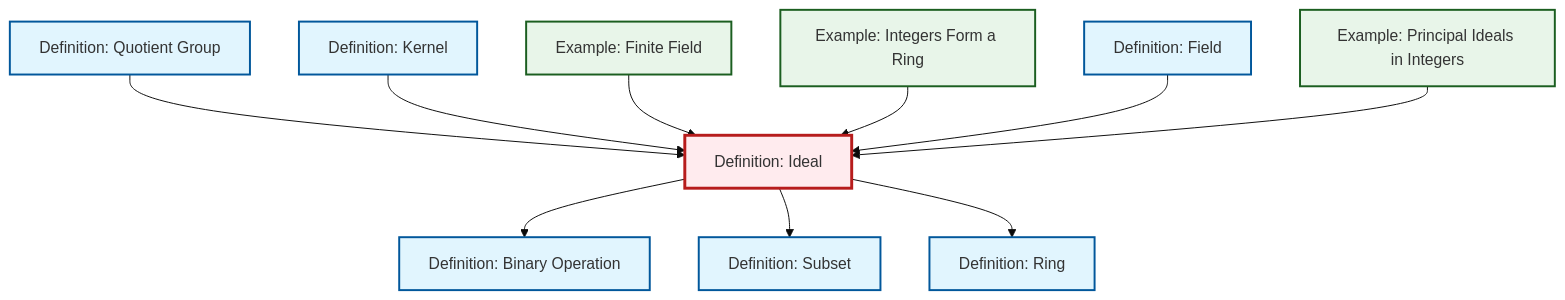
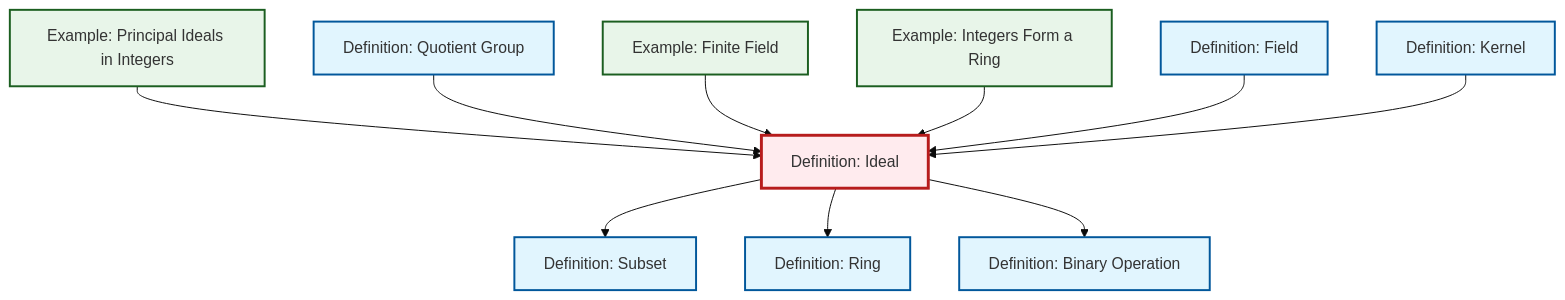
The diagram in content/ja/algebra/def-ideal.qmd (RK0429/ModernMath), drawn with Mermaid (base theme) before and after one commit. The commit also changed other lines of this file and 417 other files, not shown here.

````diff
--- a/content/ja/algebra/def-ideal.qmd
+++ b/content/ja/algebra/def-ideal.qmd
@@ -64,38 +64,38 @@
 ```{mermaid}
 %%| fig-cap: "Local dependency graph"
 graph TD
     classDef definition fill:#e1f5fe,stroke:#01579b,stroke-width:2px
     classDef theorem fill:#f3e5f5,stroke:#4a148c,stroke-width:2px
     classDef axiom fill:#fff3e0,stroke:#e65100,stroke-width:2px
     classDef example fill:#e8f5e9,stroke:#1b5e20,stroke-width:2px
     classDef current fill:#ffebee,stroke:#b71c1c,stroke-width:3px
+    def-kernel["Definition: Kernel"]:::definition
+    ex-finite-field["Example: Finite Field"]:::example
+    def-field["Definition: Field"]:::definition
+    ex-integers-ring["Example: Integers Form a Ring"]:::example
+    def-ring["Definition: Ring"]:::definition
+    def-binary-operation["Definition: Binary Operation"]:::definition
+    def-quotient-group["Definition: Quotient Group"]:::definition
     def-ideal["Definition: Ideal"]:::definition
-    ex-finite-field["Example: Finite Field"]:::example
-    def-kernel["Definition: Kernel"]:::definition
-    def-field["Definition: Field"]:::definition
-    def-ring["Definition: Ring"]:::definition
-    def-quotient-group["Definition: Quotient Group"]:::definition
+    ex-principal-ideal["Example: Principal Ideals in Integers"]:::example
     def-subset["Definition: Subset"]:::definition
-    ex-principal-ideal["Example: Principal Ideals in Integers"]:::example
-    ex-integers-ring["Example: Integers Form a Ring"]:::example
-    def-binary-operation["Definition: Binary Operation"]:::definition
+    def-ideal --> def-subset
+    ex-principal-ideal --> def-ideal
+    def-ideal --> def-ring
     def-quotient-group --> def-ideal
+    ex-finite-field --> def-ideal
     def-ideal --> def-binary-operation
+    ex-integers-ring --> def-ideal
+    def-field --> def-ideal
     def-kernel --> def-ideal
-    ex-finite-field --> def-ideal
-    ex-integers-ring --> def-ideal
-    def-ideal --> def-subset
-    def-ideal --> def-ring
-    def-field --> def-ideal
-    ex-principal-ideal --> def-ideal
     class def-ideal current
+    click def-kernel "def-kernel.html" "Definition: Kernelへ"
     click ex-finite-field "ex-finite-field.html" "Example: Finite Fieldへ"
-    click def-kernel "def-kernel.html" "Definition: Kernelへ"
     click def-field "def-field.html" "Definition: Fieldへ"
+    click ex-integers-ring "ex-integers-ring.html" "Example: Integers Form a Ringへ"
     click def-ring "def-ring.html" "Definition: Ringへ"
+    click def-binary-operation "def-binary-operation.html" "Definition: Binary Operationへ"
     click def-quotient-group "def-quotient-group.html" "Definition: Quotient Groupへ"
+    click ex-principal-ideal "ex-principal-ideal.html" "Example: Principal Ideals in Integersへ"
     click def-subset "def-subset.html" "Definition: Subsetへ"
-    click ex-principal-ideal "ex-principal-ideal.html" "Example: Principal Ideals in Integersへ"
-    click ex-integers-ring "ex-integers-ring.html" "Example: Integers Form a Ringへ"
-    click def-binary-operation "def-binary-operation.html" "Definition: Binary Operationへ"
 ```
````
